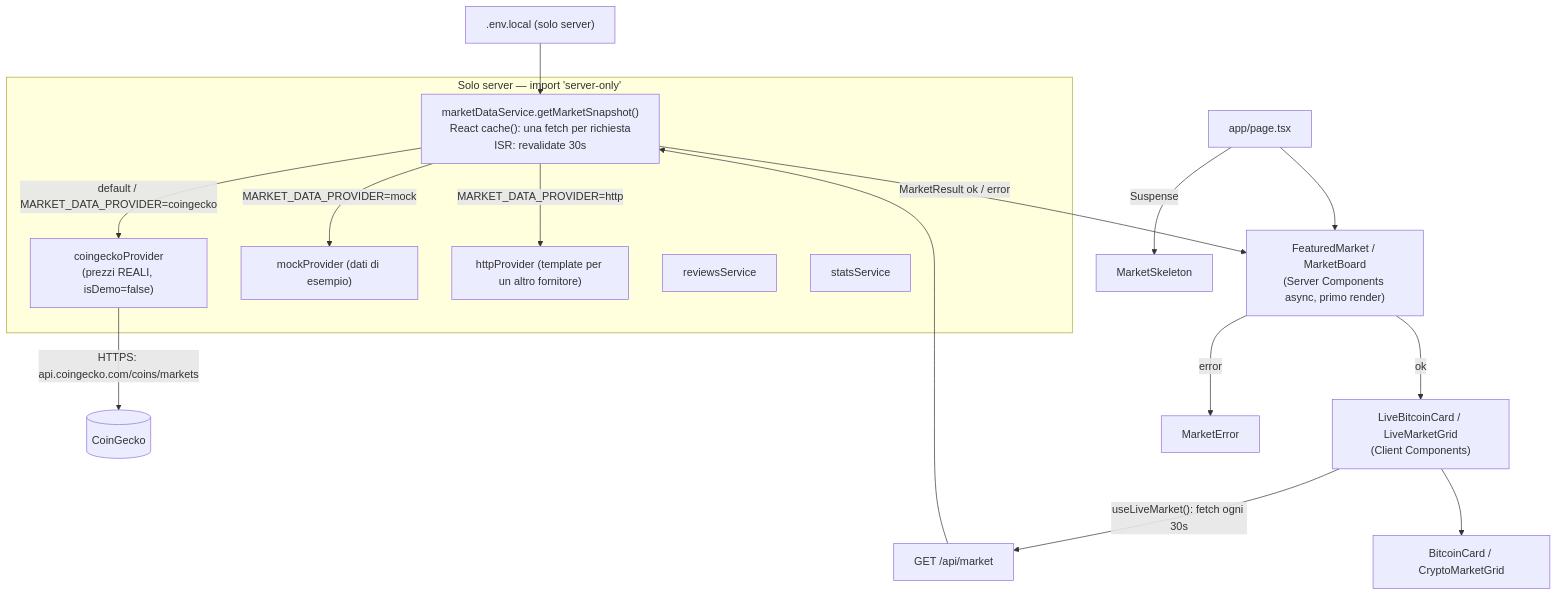
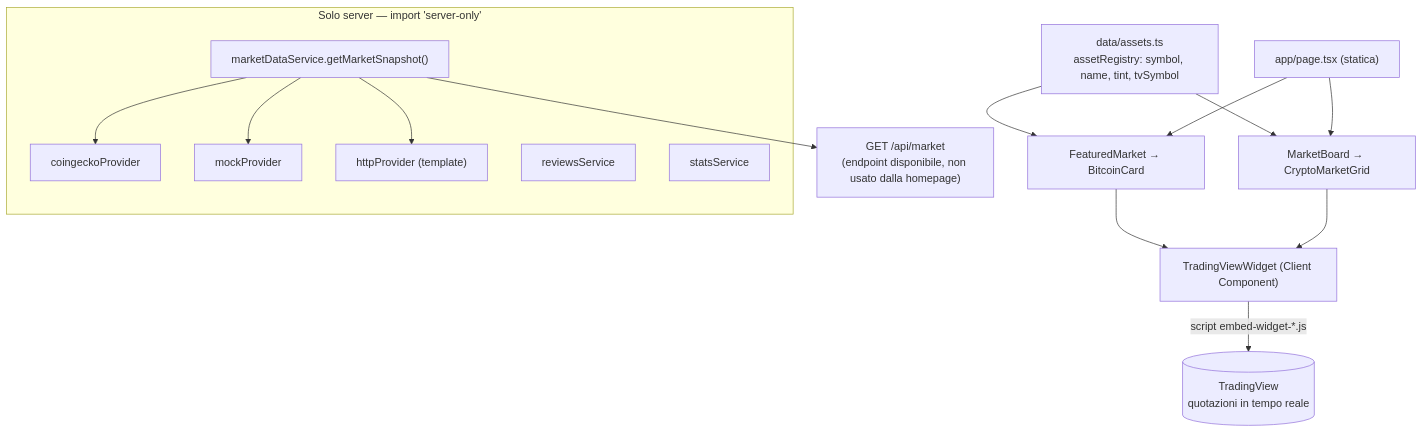
Before and after one commit to davide963-ux/cr: the first of 3 diagrams in README.md, drawn with Mermaid. The commit also changed other lines of this file and 11 other files, not shown here.

First line of the commit message:
Serve card prices from TradingView widgets instead of a server API

````diff
--- a/README.md
+++ b/README.md
@@ -37,21 +37,21 @@
 ```mermaid
 flowchart TD
-    ENV[".env.local (solo server)"] --> SVC
+    REG["data/assets.ts<br/>assetRegistry: symbol, name, tint, tvSymbol"]
+    REG --> FM["FeaturedMarket → BitcoinCard"]
+    REG --> MB["MarketBoard → CryptoMarketGrid"]
+    FM --> TVW["TradingViewWidget (Client Component)"]
+    MB --> TVW
+    TVW -->|"script embed-widget-*.js"| TV[("TradingView<br/>quotazioni in tempo reale")]
+    PAGE["app/page.tsx (statica)"] --> FM
+    PAGE --> MB
+
     subgraph Server["Solo server — import 'server-only'"]
-        SVC["marketDataService.getMarketSnapshot()<br/>React cache(): una fetch per richiesta<br/>ISR: revalidate 30s"]
-        SVC -->|"default / MARKET_DATA_PROVIDER=coingecko"| CG["coingeckoProvider<br/>(prezzi REALI, isDemo=false)"]
-        SVC -->|MARKET_DATA_PROVIDER=mock| MOCK["mockProvider (dati di esempio)"]
-        SVC -->|MARKET_DATA_PROVIDER=http| HTTP["httpProvider (template per un altro fornitore)"]
+        SVC["marketDataService.getMarketSnapshot()"]
+        SVC --> CG["coingeckoProvider"]
+        SVC --> MOCK["mockProvider"]
+        SVC --> HTTP["httpProvider (template)"]
         REV["reviewsService"]
         STA["statsService"]
     end
-    CG -->|"HTTPS: api.coingecko.com/coins/markets"| CGAPI[("CoinGecko")]
-    SVC -->|"MarketResult ok / error"| BLK["FeaturedMarket / MarketBoard<br/>(Server Components async, primo render)"]
-    BLK -->|ok| LIVE["LiveBitcoinCard / LiveMarketGrid<br/>(Client Components)"]
-    LIVE -->|"useLiveMarket(): fetch ogni 30s"| API["GET /api/market"]
-    API --> SVC
-    LIVE --> UI["BitcoinCard / CryptoMarketGrid"]
-    BLK -->|error| ERR["MarketError"]
-    PAGE["app/page.tsx"] -->|Suspense| SK["MarketSkeleton"]
-    PAGE --> BLK
+    SVC --> API["GET /api/market<br/>(endpoint disponibile, non usato dalla homepage)"]
 ```
````
